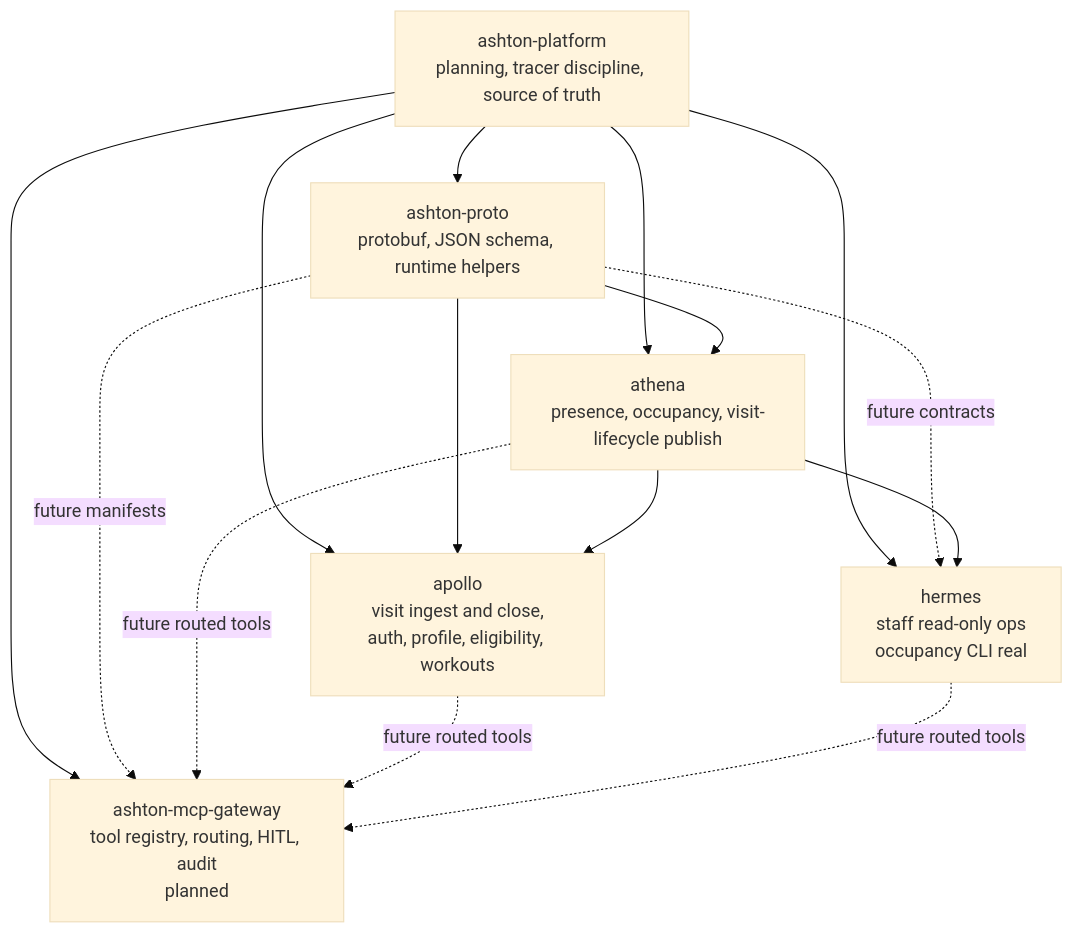
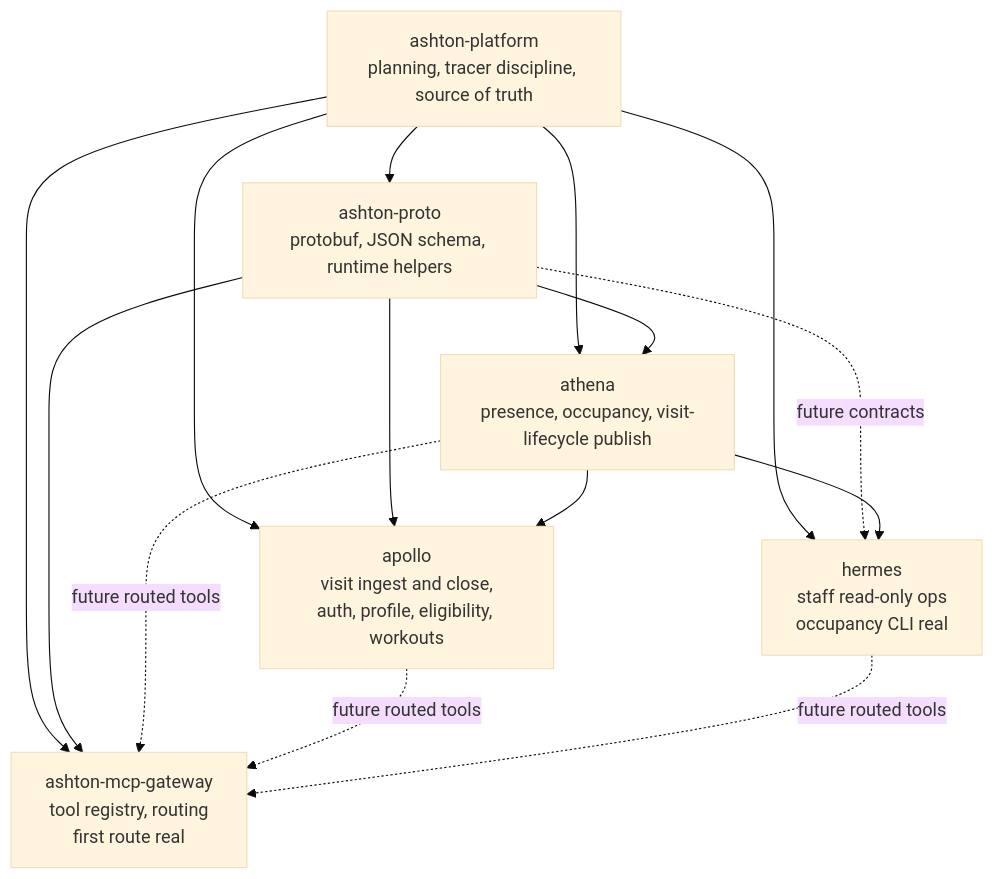
Before and after one commit to ixxet/ashton-platform: the first of 2 diagrams in README.md, drawn with Mermaid (base theme). The commit also changed other lines of this file and 3 other files, not shown here.

````diff
--- a/README.md
+++ b/README.md
@@ -28,26 +29,26 @@
 ```mermaid
 flowchart TD
   platform["ashton-platform<br/>planning, tracer discipline, source of truth"]
   proto["ashton-proto<br/>protobuf, JSON schema, runtime helpers"]
   athena["athena<br/>presence, occupancy, visit-lifecycle publish"]
   apollo["apollo<br/>visit ingest and close,<br/>auth, profile, eligibility, workouts"]
   hermes["hermes<br/>staff read-only ops<br/>occupancy CLI real"]
-  gateway["ashton-mcp-gateway<br/>tool registry, routing, HITL, audit<br/>planned"]
+  gateway["ashton-mcp-gateway<br/>tool registry, routing<br/>first route real"]
 
   platform --> proto
   platform --> athena
   platform --> apollo
   platform --> hermes
   platform --> gateway
 
   proto --> athena
   proto --> apollo
   proto -. future contracts .-> hermes
-  proto -. future manifests .-> gateway
+  proto --> gateway
 
   athena --> apollo
   athena --> hermes
   athena -. future routed tools .-> gateway
   apollo -. future routed tools .-> gateway
   hermes -. future routed tools .-> gateway
 ```
````
